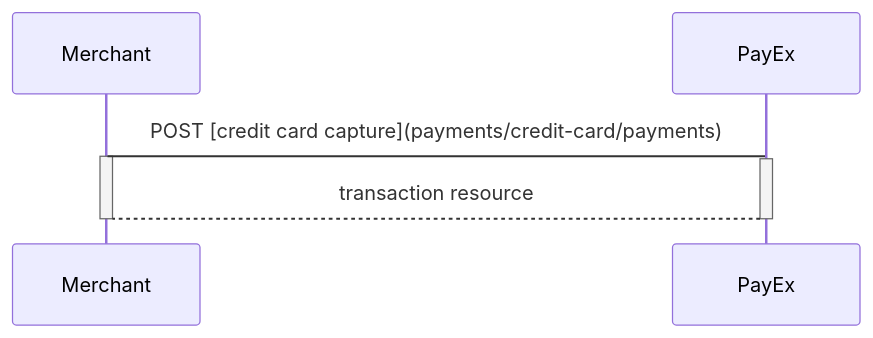
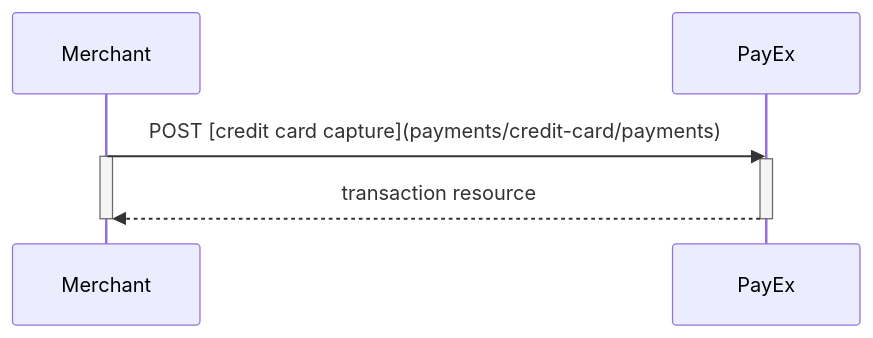
Before and after one commit to SwedbankPay/developer.swedbankpay.com: the fifth of 10 diagrams in payments/credit-card/after-payment.md, drawn with Mermaid. The commit also changed other lines of this file, not shown here.

Commit message:
DX-266 removed link from diagram and added double arrowhead to diagrams

````diff
--- a/payments/credit-card/after-payment.md
+++ b/payments/credit-card/after-payment.md
@@ -633,9 +633,9 @@
 ```mermaid
 sequenceDiagram
-  Merchant->PayEx: POST [credit card capture](payments/credit-card/payments)
+  Merchant->>PayEx: POST [credit card capture](payments/credit-card/payments)
   Activate Merchant
   Activate PayEx
-  PayEx-->Merchant: transaction resource
+  PayEx-->>Merchant: transaction resource
   Deactivate PayEx
   Deactivate Merchant
 ```
````
